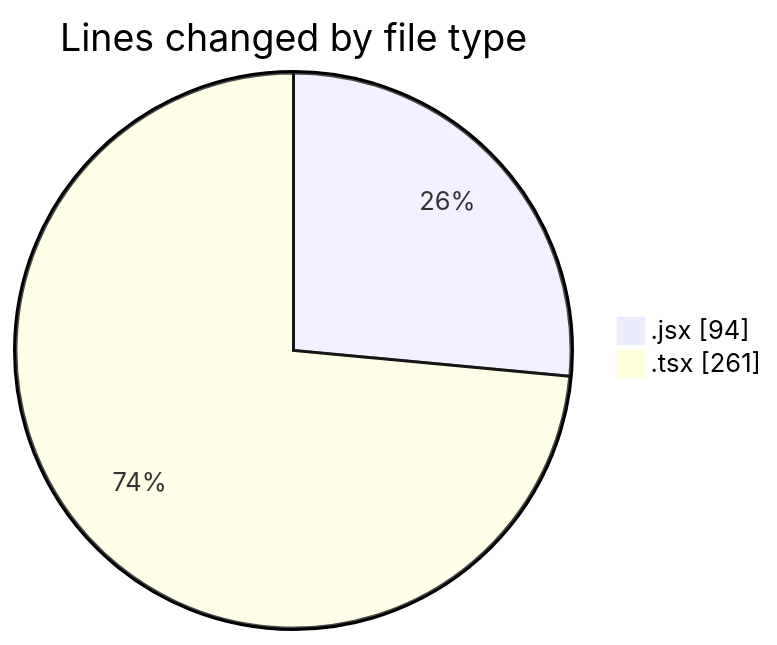
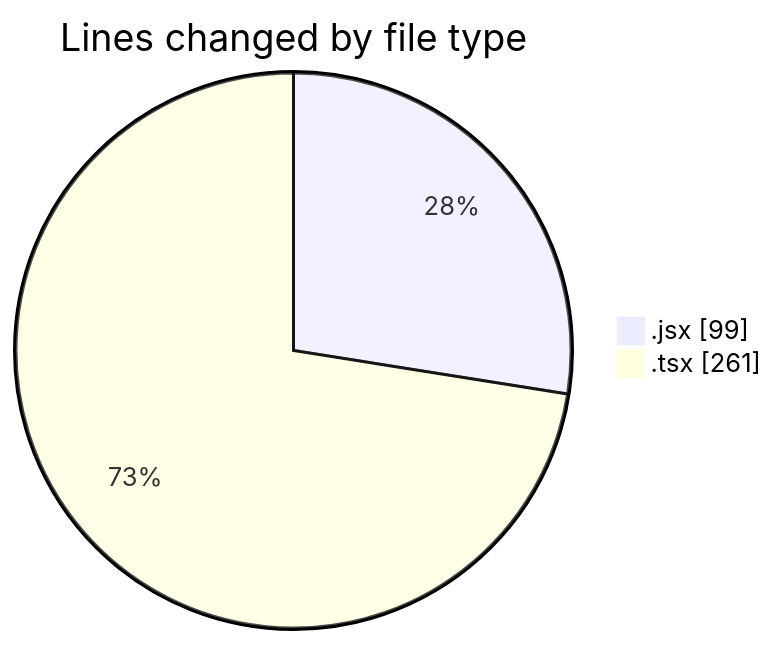
Before and after one commit to momahboobian/code-tracking: the first of 2 diagrams in 2026-02-11/cda/README.md, drawn with Mermaid. The commit also changed other lines of this file and 1 other file, not shown here.

````diff
--- a/2026-02-11/cda/README.md
+++ b/2026-02-11/cda/README.md
@@ -22,6 +22,6 @@
 ```mermaid
 pie showData
 title Lines changed by file type
-".jsx" : 94
+".jsx" : 99
 ".tsx" : 261
 ```
````
